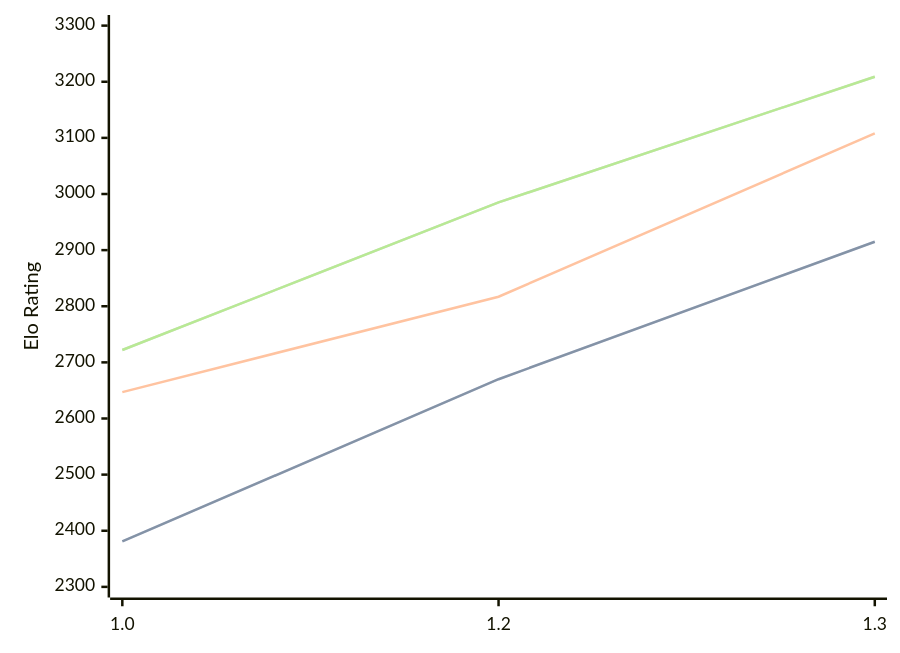
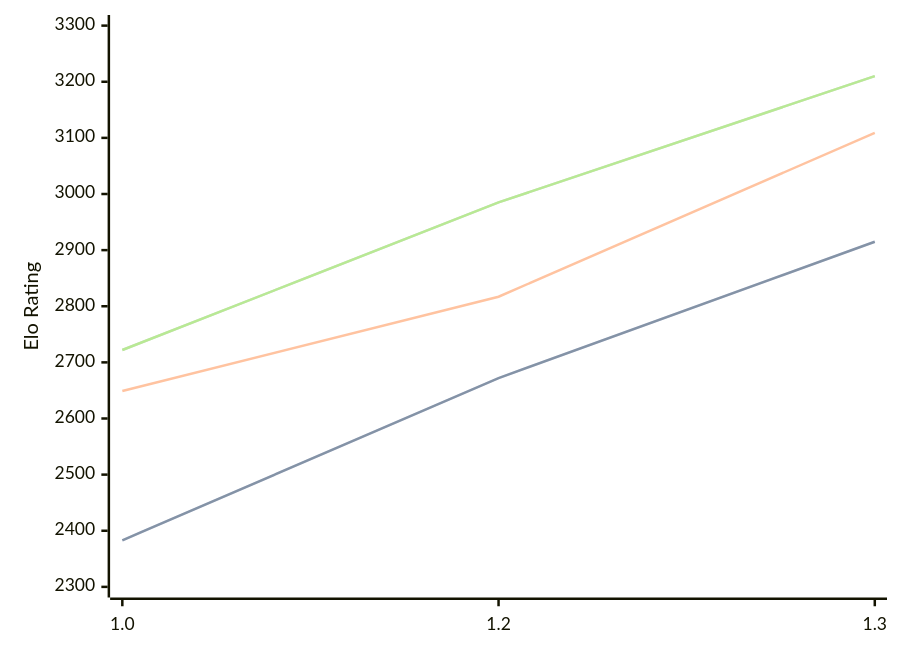
One commit to computer-chess-index/cci changed the diagram in engines/Chessnix.md. Above: the diagram before and after it, drawn with Mermaid. The commit also changed other lines of this file, not shown here.

Commit message:
Update CCI Ratings (ELO VLTC) - 2026-02-21

````diff
--- a/engines/Chessnix.md
+++ b/engines/Chessnix.md
@@ -31,11 +31,11 @@
 ```mermaid
 %%{init: {"theme":"base","themeVariables":{"seriesColors:['#a3a3a3','#222221','#faa371']}}}%%
 xychart-beta
   x-axis ["1.0", "1.2", "1.3"]
   y-axis "Elo Rating" 2300 --> 3300
-  line "STC (8.0+0.08s)" [2381, 2670, 2915]
-  line "STC (8.0+0.08s)" [2381, 2670, 2915]
-  line "LTC (60.0+0.60s)" [2647, 2817, 3108]
-  line "VLTC (2m24s+1.12s)" [2722, 2985, 3209]
-  line "VLTC (2m24s+1.12s)" [2722, 2985, 3209]
+  line "STC (8.0+0.08s)" [2383, 2672, 2915]
+  line "STC (8.0+0.08s)" [2383, 2672, 2915]
+  line "LTC (60.0+0.60s)" [2649, 2817, 3109]
+  line "VLTC (2m24s+1.12s)" [2722, 2985, 3210]
+  line "VLTC (2m24s+1.12s)" [2722, 2985, 3210]
 ```
````
